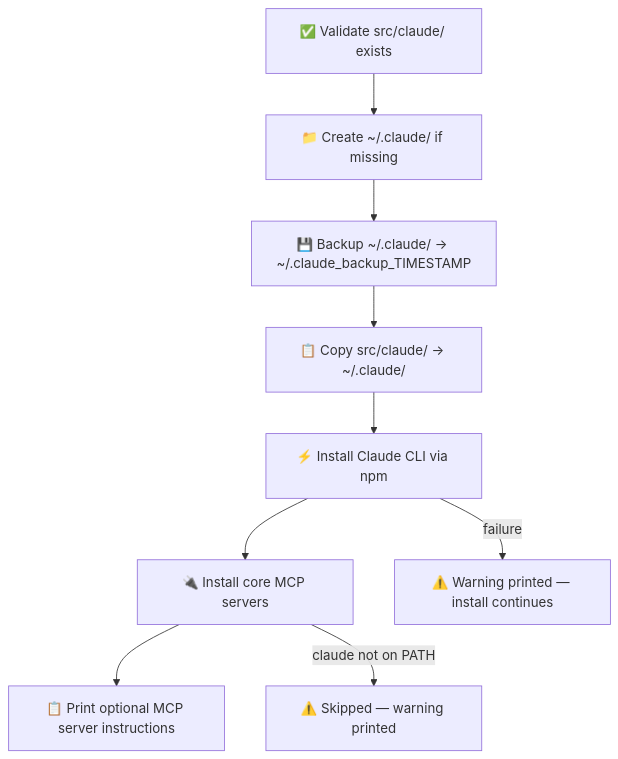
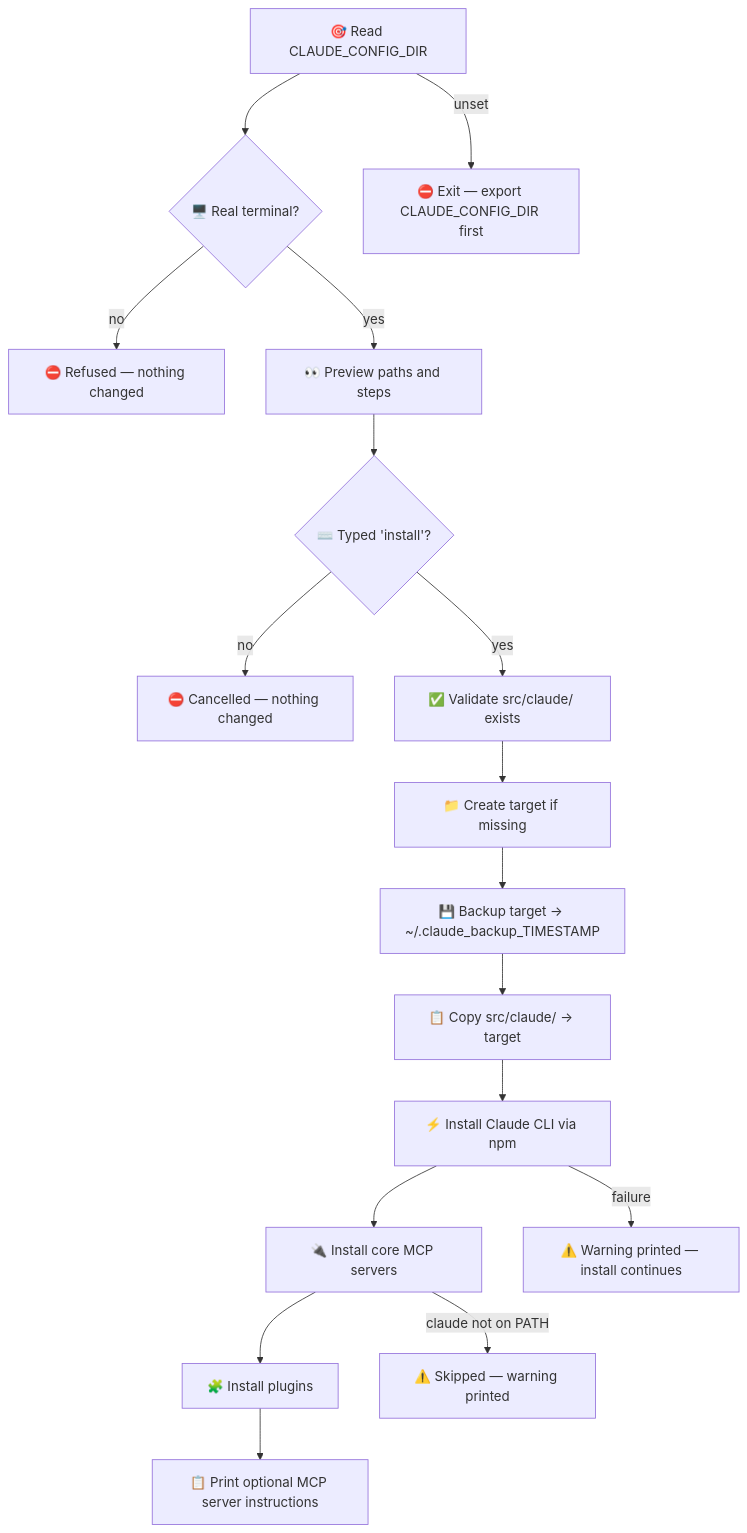
Before and after one commit to paulf-999/claude_ai_playbook: the diagram in src/sh/claude/docs/install_claude_files.md, drawn with Mermaid. The commit also changed other lines of this file and 12 other files, not shown here.

````diff
--- a/src/sh/claude/docs/install_claude_files.md
+++ b/src/sh/claude/docs/install_claude_files.md
@@ -7,12 +7,20 @@
 ```mermaid
 flowchart TD
-    A[✅ Validate src/claude/ exists] --> B[📁 Create ~/.claude/ if missing]
-    B --> C[💾 Backup ~/.claude/ → ~/.claude_backup_TIMESTAMP]
-    C --> D[📋 Copy src/claude/ → ~/.claude/]
+    Z[🎯 Read CLAUDE_CONFIG_DIR] --> Y{🖥️ Real terminal?}
+    Y -- no --> Y1[⛔ Refused — nothing changed]
+    Y -- yes --> X[👀 Preview paths and steps]
+    X --> W{⌨️ Typed 'install'?}
+    W -- no --> W1[⛔ Cancelled — nothing changed]
+    W -- yes --> A[✅ Validate src/claude/ exists]
+    A --> B[📁 Create target if missing]
+    B --> C[💾 Backup target → ~/.claude_backup_TIMESTAMP]
+    C --> D[📋 Copy src/claude/ → target]
     D --> E[⚡ Install Claude CLI via npm]
     E --> F[🔌 Install core MCP servers]
-    F --> G[📋 Print optional MCP server instructions]
+    F --> P[🧩 Install plugins]
+    P --> G[📋 Print optional MCP server instructions]
 
+    Z -- unset --> Z1[⛔ Exit — export CLAUDE_CONFIG_DIR first]
     E -- failure --> E1[⚠️ Warning printed — install continues]
     F -- claude not on PATH --> F1[⚠️ Skipped — warning printed]
 ```
````
